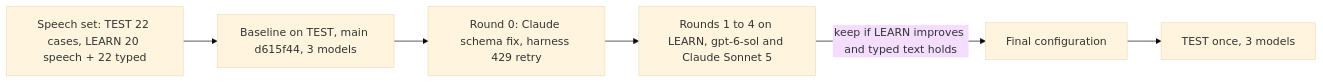
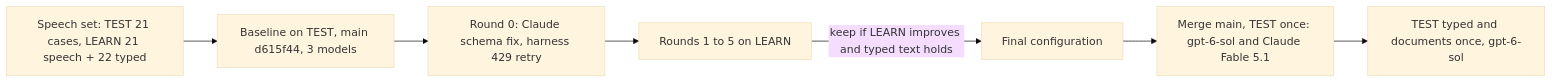
One commit to slimfarhanigithub/ontaix changed the diagram in docs/evals/speech-tuning-2026-09-30.md. Above: the diagram before and after it, drawn with Mermaid (base theme). The commit also changed other lines of this file and 2 other files, not shown here.

Commit message:
docs(evals): speech tuning report after review: TEST without the owner recording, typed and document results

````diff
--- a/docs/evals/speech-tuning-2026-09-30.md
+++ b/docs/evals/speech-tuning-2026-09-30.md
@@ -15,8 +15,9 @@
 ```mermaid
 flowchart LR
-    A[Speech set: TEST 22 cases, LEARN 20 speech + 22 typed] --> B[Baseline on TEST, main d615f44, 3 models]
+    A[Speech set: TEST 21 cases, LEARN 21 speech + 22 typed] --> B[Baseline on TEST, main d615f44, 3 models]
     B --> C[Round 0: Claude schema fix, harness 429 retry]
-    C --> D[Rounds 1 to 4 on LEARN, gpt-6-sol and Claude Sonnet 5]
+    C --> D[Rounds 1 to 5 on LEARN]
     D -->|keep if LEARN improves and typed text holds| E[Final configuration]
-    E --> F[TEST once, 3 models]
+    E --> F[Merge main, TEST once: gpt-6-sol and Claude Fable 5.1]
+    F --> G[TEST typed and documents once, gpt-6-sol]
 ```
````
